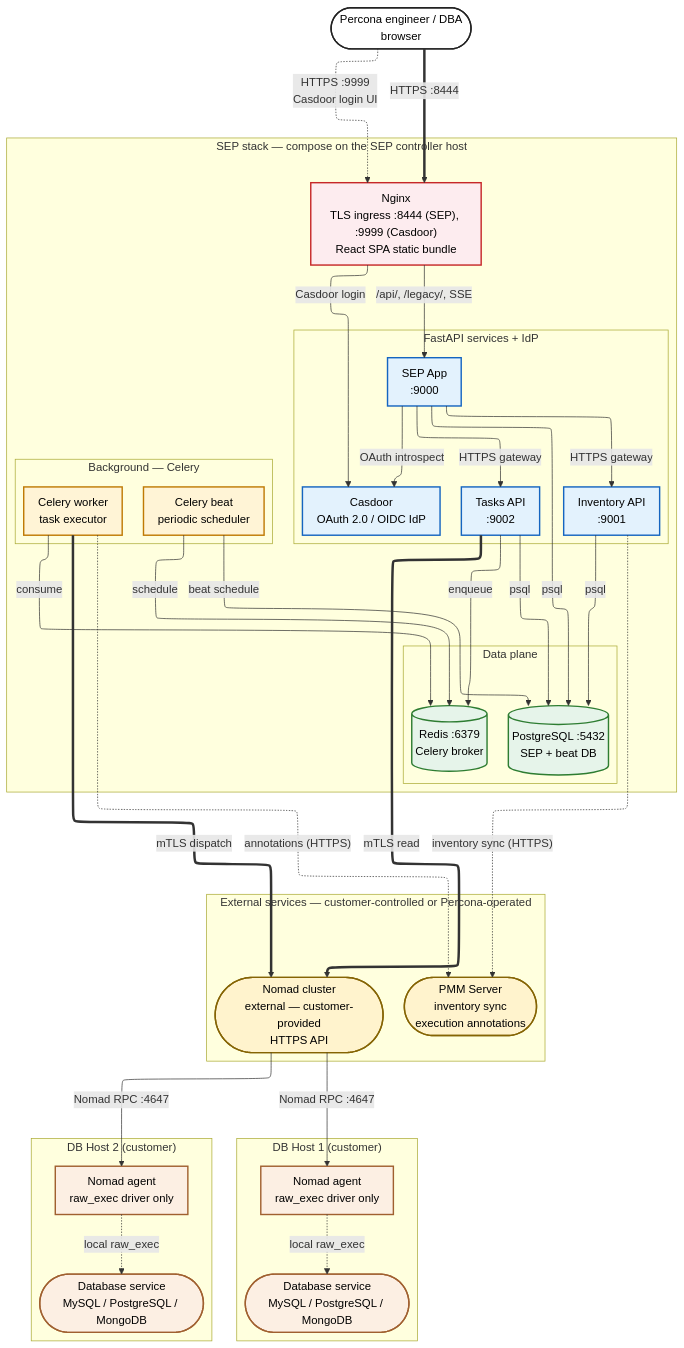
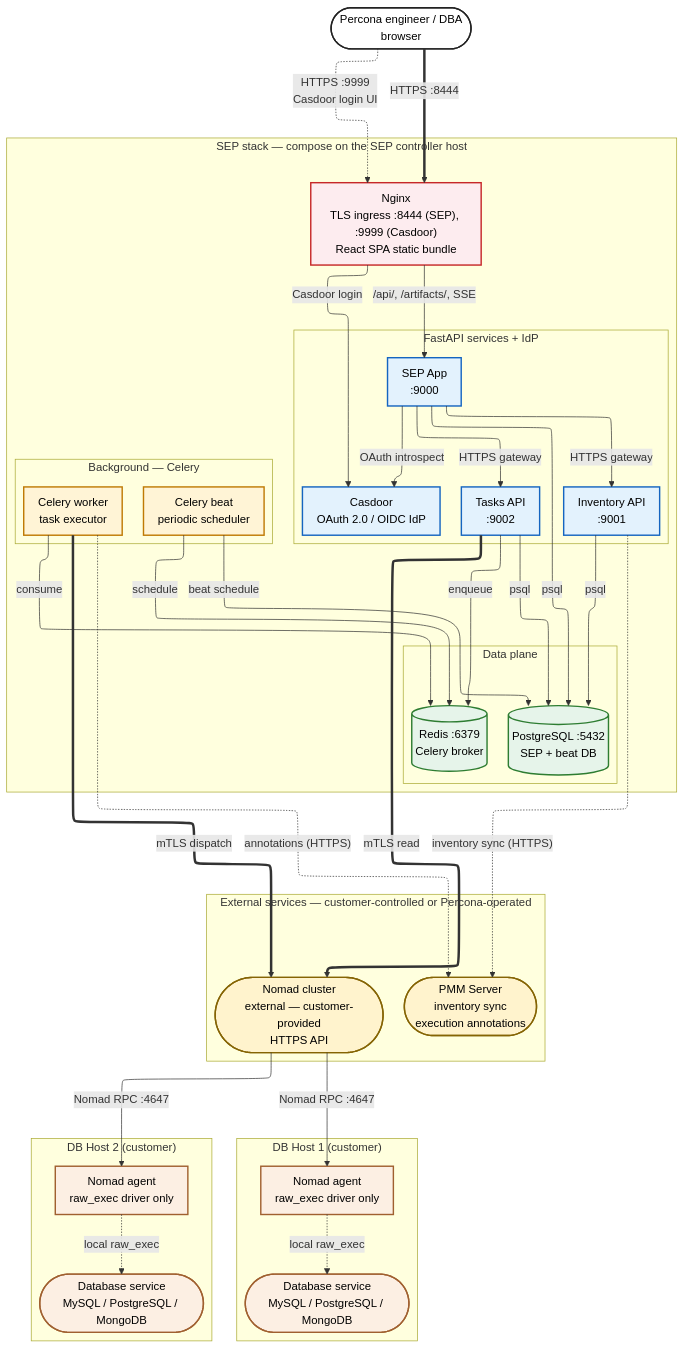
The diagram in docs/customer/sep-architecture/sep-architecture.mmd (percona/SEP), drawn with Mermaid before and after one commit. The commit also changed 10 other files, not shown here.

Commit message:
feat: serve the React SPA by default, proxy /artifacts/, and drop the /legacy/ location

```diff
--- a/docs/customer/sep-architecture/sep-architecture.mmd
+++ b/docs/customer/sep-architecture/sep-architecture.mmd
@@ -1,110 +1,110 @@
 ---
 config:
   flowchart:
     defaultRenderer: elk
     nodeSpacing: 40
     rankSpacing: 45
     padding: 10
   themeVariables:
     fontSize: 16px
 ---
 %% SEP installer-deployed topology (customer security review).
 %% Canonical sources: installer blobs NGINX_CONFIG, SEP_COMPOSE_YAML, SEP_SETTINGS_YAML,
 %% CASDOOR_INIT_JSON_DATA (decoded from sep_installer.sh), the SEP MS Playbook playbook
 %% layered on top of build/ansible/, and the SEP application on origin/main.
 %% Companion data flow: SEP-1215. Audit-log retention + PII handling: SEP-1220.
 %% Nomad driver / sandboxing detail: SEP-1218.
 
 flowchart TB
     classDef actor fill:#ffffff,stroke:#222,stroke-width:2px,color:#000
     classDef ingress fill:#fdecef,stroke:#c62828,stroke-width:2px,color:#000
     classDef sep fill:#e3f2fd,stroke:#1565c0,stroke-width:2px,color:#000
     classDef bg fill:#fff4d6,stroke:#bf7a04,stroke-width:2px,color:#000
     classDef store fill:#e6f4ea,stroke:#2e7d32,stroke-width:2px,color:#000
     classDef external fill:#fff3cd,stroke:#856404,stroke-width:2px,color:#000
     classDef dbhost fill:#fcefe3,stroke:#a06030,stroke-width:2px,color:#000
 
     Engineer(["Percona engineer / DBA<br/>browser"]):::actor
 
     subgraph sep_stack ["SEP stack — compose on the SEP controller host"]
         direction TB
         Nginx["Nginx<br/>TLS ingress :8444 (SEP), :9999 (Casdoor)<br/>React SPA static bundle"]:::ingress
 
         subgraph api_row ["FastAPI services + IdP"]
             direction LR
             Casdoor["Casdoor<br/>OAuth 2.0 / OIDC IdP"]:::sep
             SEPApp["SEP App<br/>:9000"]:::sep
             InventoryAPI["Inventory API<br/>:9001"]:::sep
             TasksAPI["Tasks API<br/>:9002"]:::sep
         end
 
         subgraph workers ["Background — Celery"]
             direction LR
             CeleryBeat["Celery beat<br/>periodic scheduler"]:::bg
             CeleryWorker["Celery worker<br/>task executor"]:::bg
         end
 
         subgraph data_plane ["Data plane"]
             direction LR
             Postgres[("PostgreSQL :5432<br/>SEP + beat DB")]:::store
             Redis[("Redis :6379<br/>Celery broker")]:::store
         end
     end
 
     subgraph external_services ["External services — customer-controlled or Percona-operated"]
         direction LR
         PMM(["PMM Server<br/>inventory sync<br/>execution annotations"]):::external
         NomadCluster(["Nomad cluster<br/>external — customer-provided<br/>HTTPS API"]):::external
     end
 
     subgraph db_host_1 ["DB Host 1 (customer)"]
         direction TB
         NomadAgent1["Nomad agent<br/>raw_exec driver only"]:::dbhost
         DB1(["Database service<br/>MySQL / PostgreSQL / MongoDB"]):::dbhost
     end
 
     subgraph db_host_2 ["DB Host 2 (customer)"]
         direction TB
         NomadAgent2["Nomad agent<br/>raw_exec driver only"]:::dbhost
         DB2(["Database service<br/>MySQL / PostgreSQL / MongoDB"]):::dbhost
     end
 
     %% Engineer ingress
     Engineer == "HTTPS :8444" ==> Nginx
     Engineer -. "HTTPS :9999<br/>Casdoor login UI" .-> Nginx
 
     %% Nginx → upstream
-    Nginx -- "/api/, /legacy/, SSE" --> SEPApp
+    Nginx -- "/api/, /artifacts/, SSE" --> SEPApp
     Nginx -- "Casdoor login" --> Casdoor
 
     %% SEP App auth + API gateway
     SEPApp -- "OAuth introspect" --> Casdoor
     SEPApp -- "HTTPS gateway" --> InventoryAPI
     SEPApp -- "HTTPS gateway" --> TasksAPI
 
     %% Database access
     SEPApp -- "psql" --> Postgres
     InventoryAPI -- "psql" --> Postgres
     TasksAPI -- "psql" --> Postgres
     CeleryBeat -- "beat schedule" --> Postgres
 
     %% Celery broker
     TasksAPI -- "enqueue" --> Redis
     CeleryBeat -- "schedule" --> Redis
     CeleryWorker -- "consume" --> Redis
 
     %% SEP ↔ Nomad over mTLS
     CeleryWorker == "mTLS dispatch" ==> NomadCluster
     TasksAPI == "mTLS read" ==> NomadCluster
 
     %% PMM integration (HTTPS only)
     InventoryAPI -. "inventory sync (HTTPS)" .-> PMM
     CeleryWorker -. "annotations (HTTPS)" .-> PMM
 
     %% Nomad → DB-host agents
     NomadCluster -- "Nomad RPC :4647" --> NomadAgent1
     NomadCluster -- "Nomad RPC :4647" --> NomadAgent2
 
     %% Nomad agent → local DB
     NomadAgent1 -. "local raw_exec" .-> DB1
     NomadAgent2 -. "local raw_exec" .-> DB2
```
